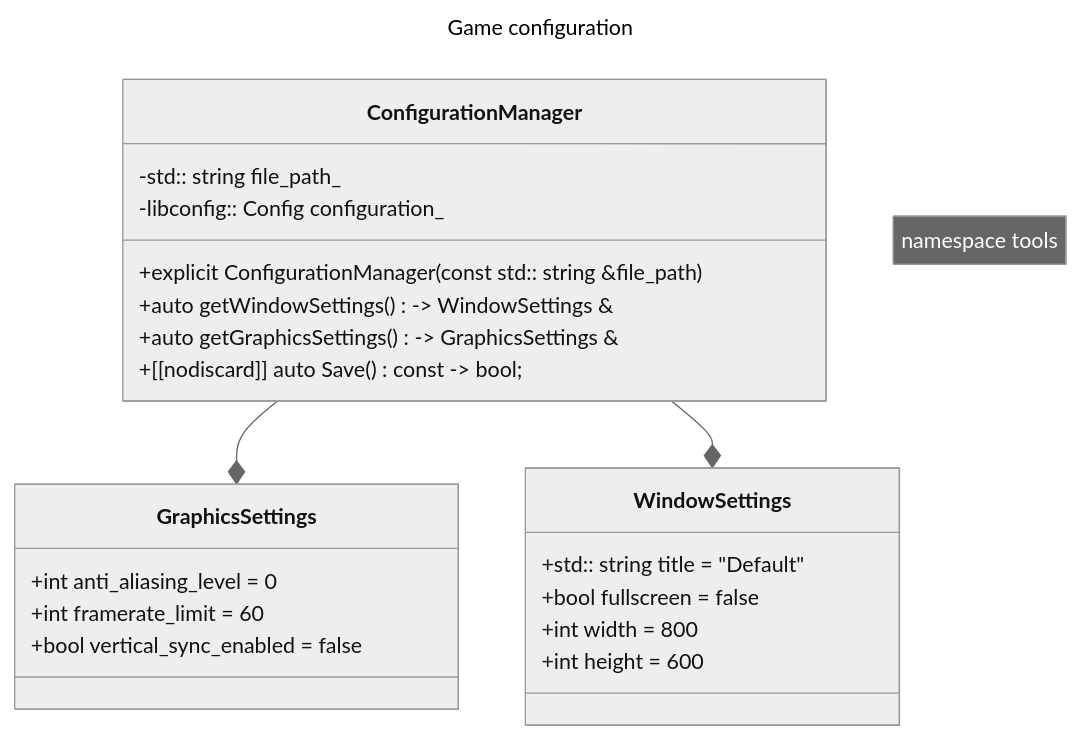
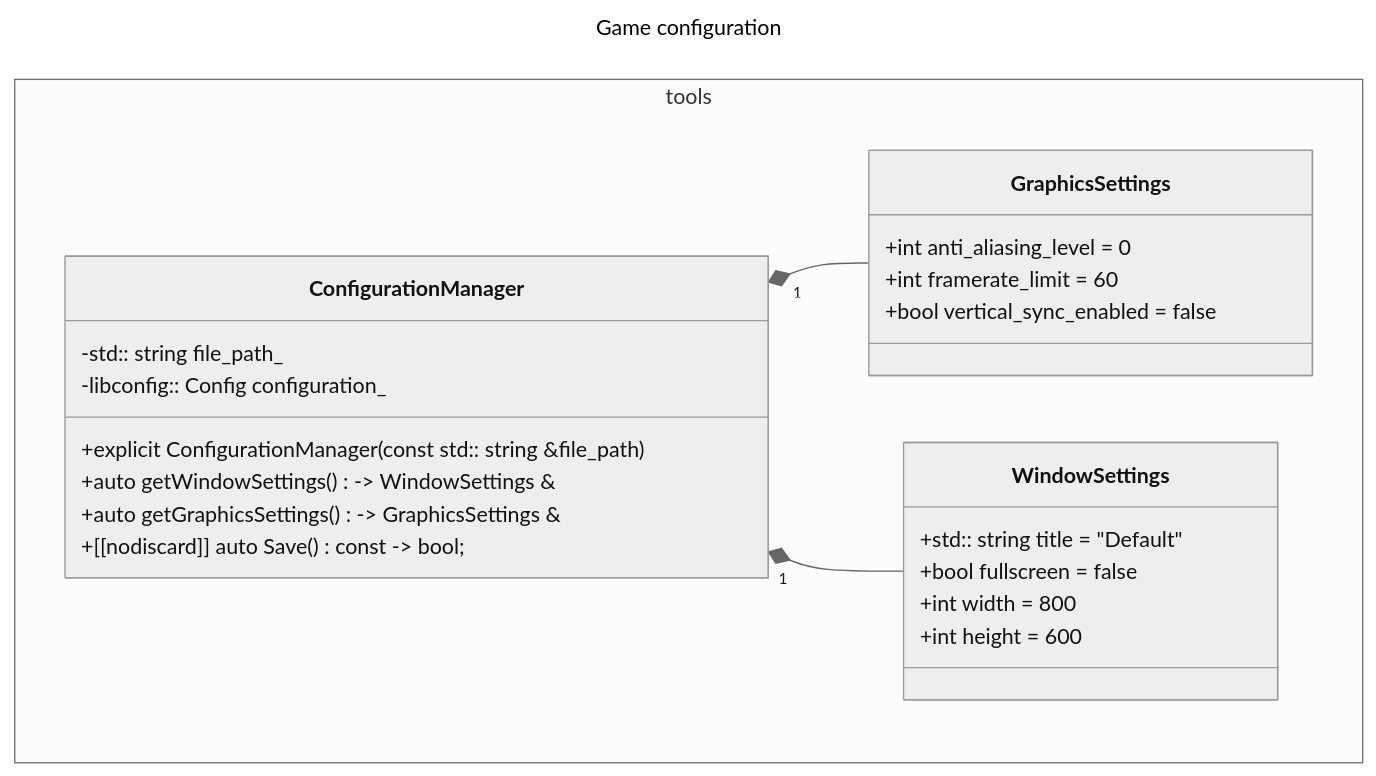
One commit to Zcool85/GameTemplate changed the diagram in docs/game_configuration.mermaid. Above: the diagram before and after it, drawn with Mermaid (neutral theme). The commit also changed 19 other files, not shown here.

Commit message:
Add configuration manager

```diff
--- a/docs/game_configuration.mermaid
+++ b/docs/game_configuration.mermaid
@@ -1,26 +1,28 @@
 ---
 title: Game configuration
 ---
 classDiagram
-    note "namespace tools"
-    class ConfigurationManager {
-        -std:: string file_path_
-        -libconfig:: Config configuration_
-        +explicit ConfigurationManager(const std:: string &file_path)
-        +auto getWindowSettings() -> WindowSettings &
-        +auto getGraphicsSettings() -> GraphicsSettings &
-        +[[nodiscard]] auto Save() const -> bool;
+    namespace tools {
+        class ConfigurationManager {
+            -std:: string file_path_
+            -libconfig:: Config configuration_
+            +explicit ConfigurationManager(const std:: string &file_path)
+            +auto getWindowSettings() -> WindowSettings &
+            +auto getGraphicsSettings() -> GraphicsSettings &
+            +[[nodiscard]] auto Save() const -> bool;
+        }
+        class GraphicsSettings {
+            +int anti_aliasing_level = 0
+            +int framerate_limit = 60
+            +bool vertical_sync_enabled = false
+        }
+        class WindowSettings {
+            +std:: string title = "Default"
+            +bool fullscreen = false
+            +int width = 800
+            +int height = 600
+        }
     }
-    class GraphicsSettings {
-        +int anti_aliasing_level = 0
-        +int framerate_limit = 60
-        +bool vertical_sync_enabled = false
-    }
-    class WindowSettings {
-        +std:: string title = "Default"
-        +bool fullscreen = false
-        +int width = 800
-        +int height = 600
-    }
-    ConfigurationManager --* GraphicsSettings
-    ConfigurationManager --* WindowSettings
+
+    ConfigurationManager "1" *-- GraphicsSettings
+    ConfigurationManager "1" *-- WindowSettings
```
